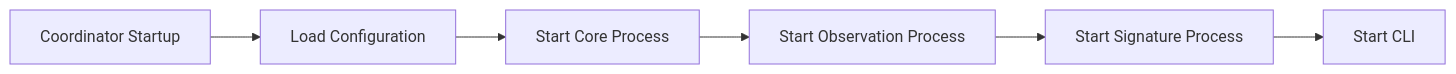
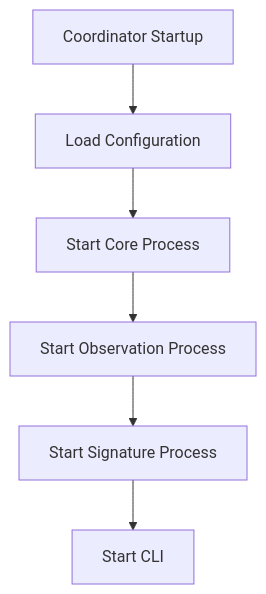
One commit to serai-dex/serai changed the first of 4 diagrams in coordinator/README.md. Above: the diagram before and after it, drawn with Mermaid. The commit also changed other lines of this file and 8 other files, not shown here.

````diff
--- a/coordinator/README.md
+++ b/coordinator/README.md
@@ -50,8 +50,8 @@
 ```mermaid
-    graph LR
+    graph TB
     A[Coordinator Startup] --> B[Load Configuration]
     B --> C[Start Core Process]
     C --> D[Start Observation Process]
     D --> E[Start Signature Process]
     E --> F[Start CLI]
 ```
````
